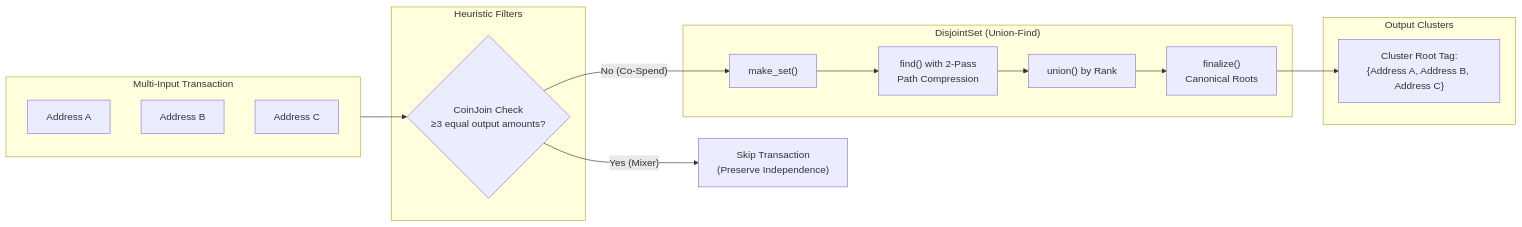
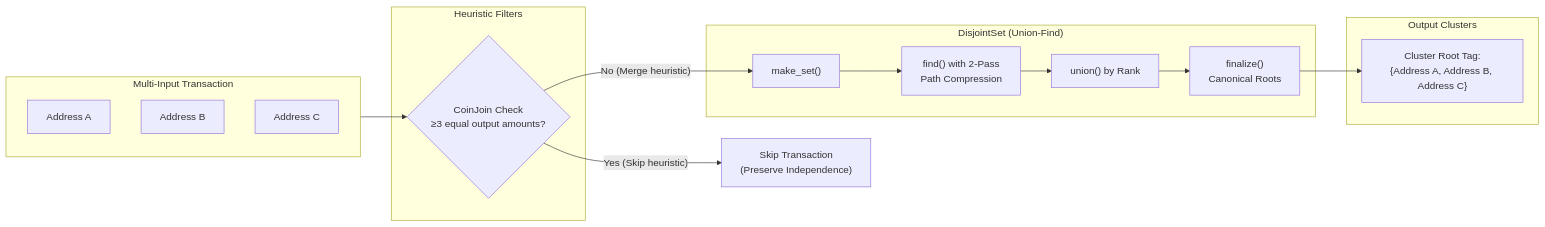
The third of 3 diagrams in README.md (mikispag/bitiodine), drawn with Mermaid before and after one commit. The commit also changed other lines of this file and 28 other files, not shown here.

````diff
--- a/README.md
+++ b/README.md
@@ -204,31 +208,31 @@
 ```mermaid
 flowchart LR
     subgraph Inputs["Multi-Input Transaction"]
         IN1["Address A"]
         IN2["Address B"]
         IN3["Address C"]
     end
 
     subgraph Filter["Heuristic Filters"]
         CJ{"CoinJoin Check<br/>≥3 equal output amounts?"}
     end
 
     subgraph UnionFind["DisjointSet (Union-Find)"]
         MAKE["make_set()"]
         FIND["find() with 2-Pass<br/>Path Compression"]
         UNION["union() by Rank"]
         FIN["finalize()<br/>Canonical Roots"]
     end
 
     subgraph Output["Output Clusters"]
         CLUSTER["Cluster Root Tag:<br/>{Address A, Address B, Address C}"]
     end
 
     Inputs --> CJ
-    CJ -- "Yes (Mixer)" --> SKIP["Skip Transaction<br/>(Preserve Independence)"]
-    CJ -- "No (Co-Spend)" --> MAKE
+    CJ -- "Yes (Skip heuristic)" --> SKIP["Skip Transaction<br/>(Preserve Independence)"]
+    CJ -- "No (Merge heuristic)" --> MAKE
     MAKE --> FIND
     FIND --> UNION
     UNION --> FIN
     FIN --> CLUSTER
 ```
````
